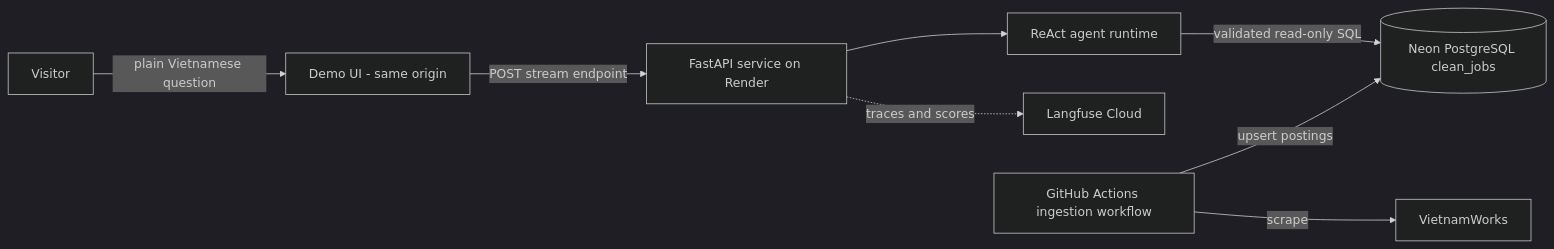
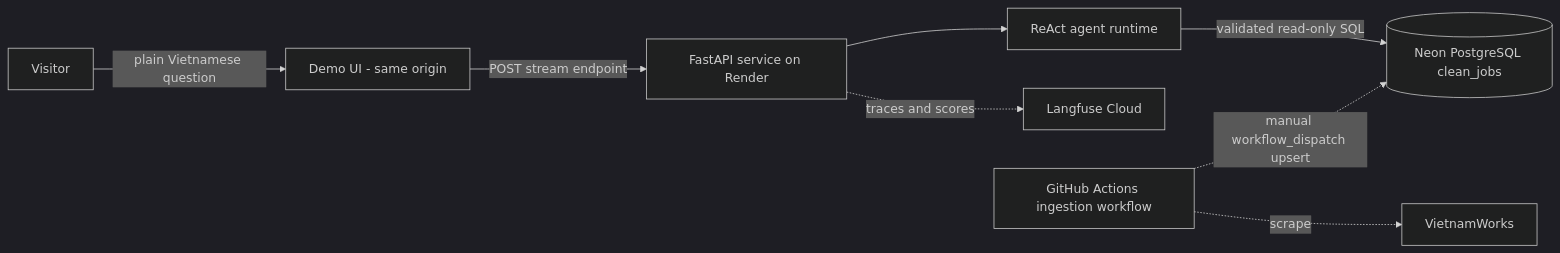
One commit to Park-Hip/InternHunterAgent changed the first of 2 diagrams in docs/architecture.md. Above: the diagram before and after it, drawn with Mermaid (dark theme). The commit also changed other lines of this file and 15 other files, not shown here.

````diff
--- a/docs/architecture.md
+++ b/docs/architecture.md
@@ -17,10 +17,10 @@
 ```mermaid
 graph LR
     U[Visitor] -->|plain Vietnamese question| UI[Demo UI - same origin]
     UI -->|POST stream endpoint| API[FastAPI service on Render]
     API --> AG[ReAct agent runtime]
     AG -->|validated read-only SQL| DB[(Neon PostgreSQL clean_jobs)]
     API -.->|traces and scores| LF[Langfuse Cloud]
-    CRON[GitHub Actions ingestion workflow] -->|upsert postings| DB
-    CRON -->|scrape| SRC[VietnamWorks]
+    ING[GitHub Actions ingestion workflow] -.->|manual workflow_dispatch upsert| DB
+    ING -.->|scrape| SRC[VietnamWorks]
 ```
````
